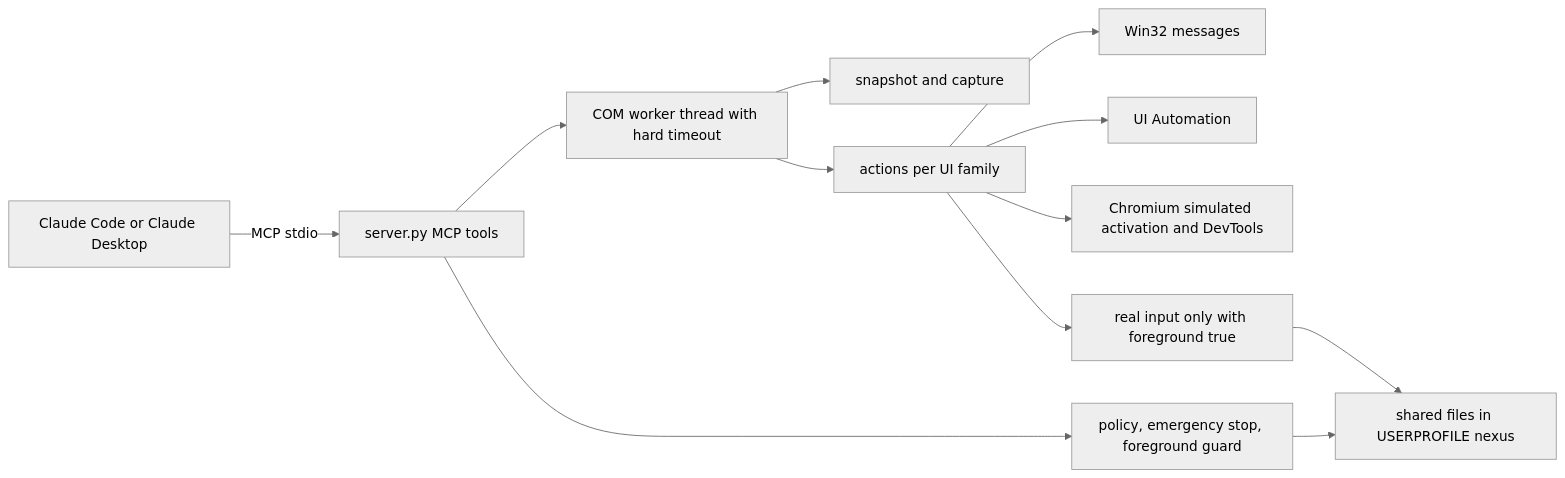
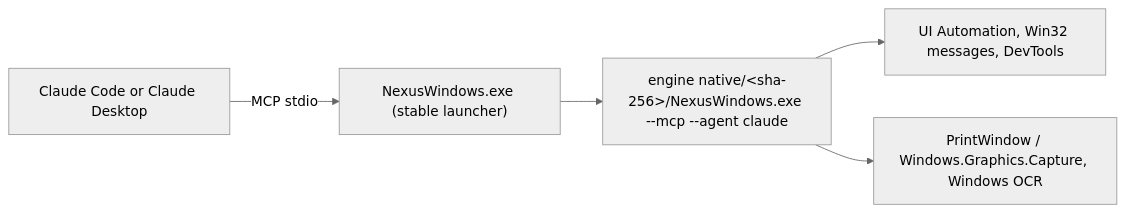
One commit to pironjulien/NexusWindows changed the diagram in claude/README.md. Above: the diagram before and after it, drawn with Mermaid (neutral theme). The commit also changed other lines of this file and 292 other files, not shown here.

First line of the commit message:
NexusWindows 3.9.0: native only, stable launcher, get.ps1 and native release files

````diff
--- a/claude/README.md
+++ b/claude/README.md
@@ -323,14 +268,7 @@
 ```mermaid
 flowchart LR
-    Claude["Claude Code or Claude Desktop"] -->|"MCP stdio"| Server["server.py MCP tools"]
-    Server --> Worker["COM worker thread with hard timeout"]
-    Worker --> Snapshot["snapshot and capture"]
-    Worker --> Actions["actions per UI family"]
-    Actions --> Win32["Win32 messages"]
-    Actions --> UIA["UI Automation"]
-    Actions --> Chromium["Chromium simulated activation and DevTools"]
-    Actions --> Real["real input only with foreground true"]
-    Server --> Safety["policy, emergency stop, foreground guard"]
-    Safety --> Shared["shared files in USERPROFILE nexus"]
-    Real --> Shared
+  Claude["Claude Code or Claude Desktop"] -->|"MCP stdio"| Launcher["NexusWindows.exe (stable launcher)"]
+  Launcher --> Engine["engine native/&lt;sha-256&gt;/NexusWindows.exe --mcp --agent claude"]
+  Engine --> UIA["UI Automation, Win32 messages, DevTools"]
+  Engine --> Capture["PrintWindow / Windows.Graphics.Capture, Windows OCR"]
 ```
````
